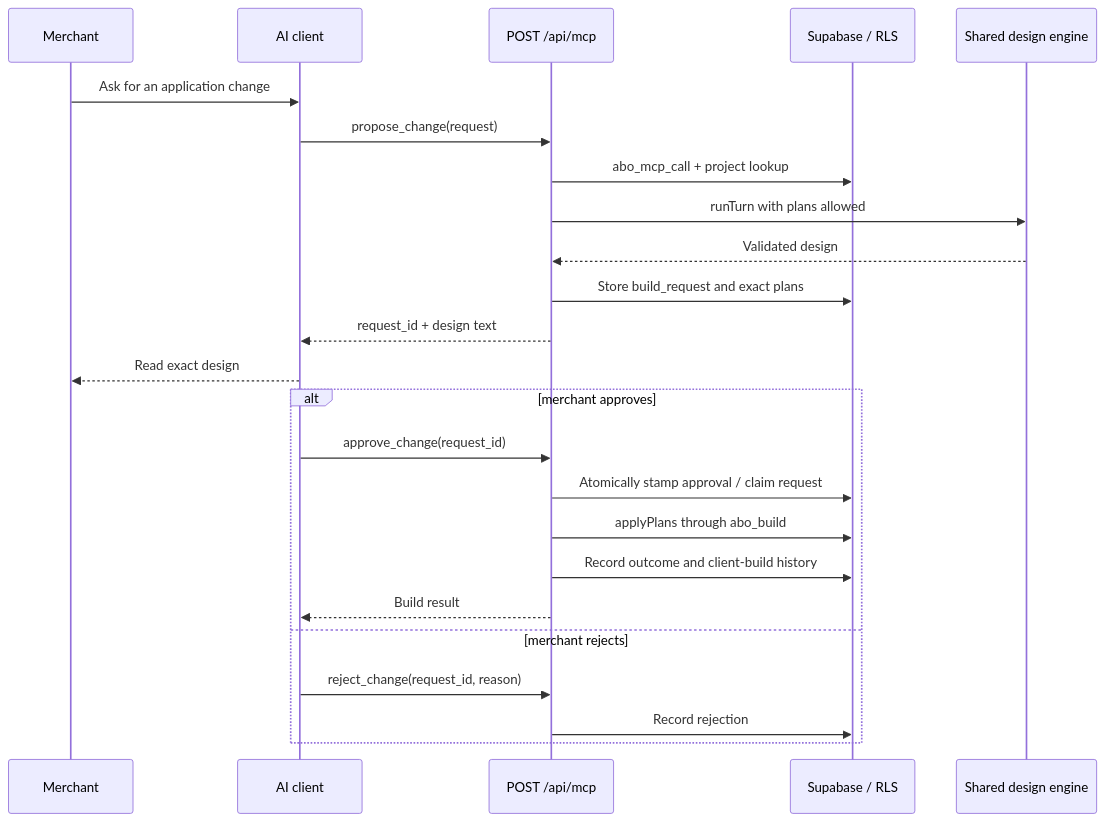
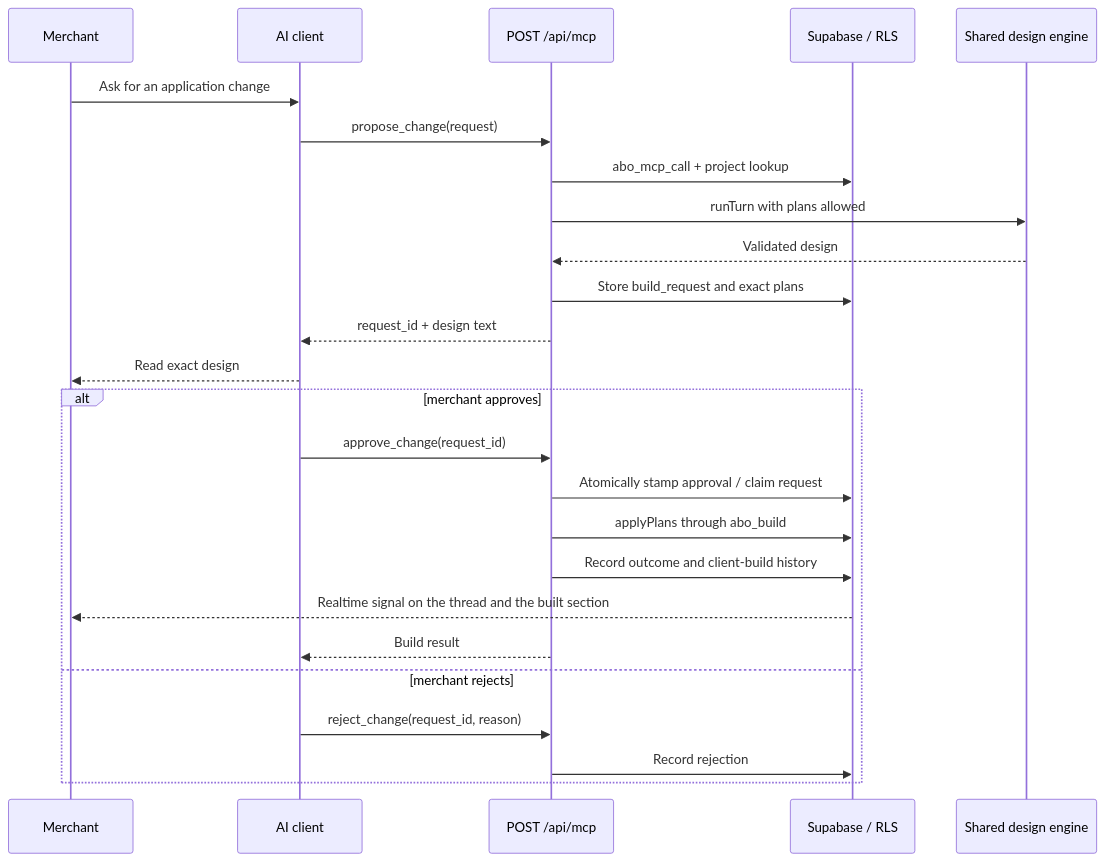
Before and after one commit to warmlukecore/warmluke: the third of 5 diagrams in docs/architecture/runtime-flows.md, drawn with Mermaid. The commit also changed other lines of this file and 5 other files, not shown here.

````diff
--- a/docs/architecture/runtime-flows.md
+++ b/docs/architecture/runtime-flows.md
@@ -81,27 +81,28 @@
 ```mermaid
 sequenceDiagram
     participant M as Merchant
     participant C as AI client
     participant MCP as POST /api/mcp
     participant DB as Supabase / RLS
     participant Engine as Shared design engine
 
     M->>C: Ask for an application change
     C->>MCP: propose_change(request)
     MCP->>DB: abo_mcp_call + project lookup
     MCP->>Engine: runTurn with plans allowed
     Engine-->>MCP: Validated design
     MCP->>DB: Store build_request and exact plans
     MCP-->>C: request_id + design text
     C-->>M: Read exact design
     alt merchant approves
         C->>MCP: approve_change(request_id)
         MCP->>DB: Atomically stamp approval / claim request
         MCP->>DB: applyPlans through abo_build
         MCP->>DB: Record outcome and client-build history
+        DB-->>M: Realtime signal on the thread and the built section
         MCP-->>C: Build result
     else merchant rejects
         C->>MCP: reject_change(request_id, reason)
         MCP->>DB: Record rejection
     end
 ```
````
